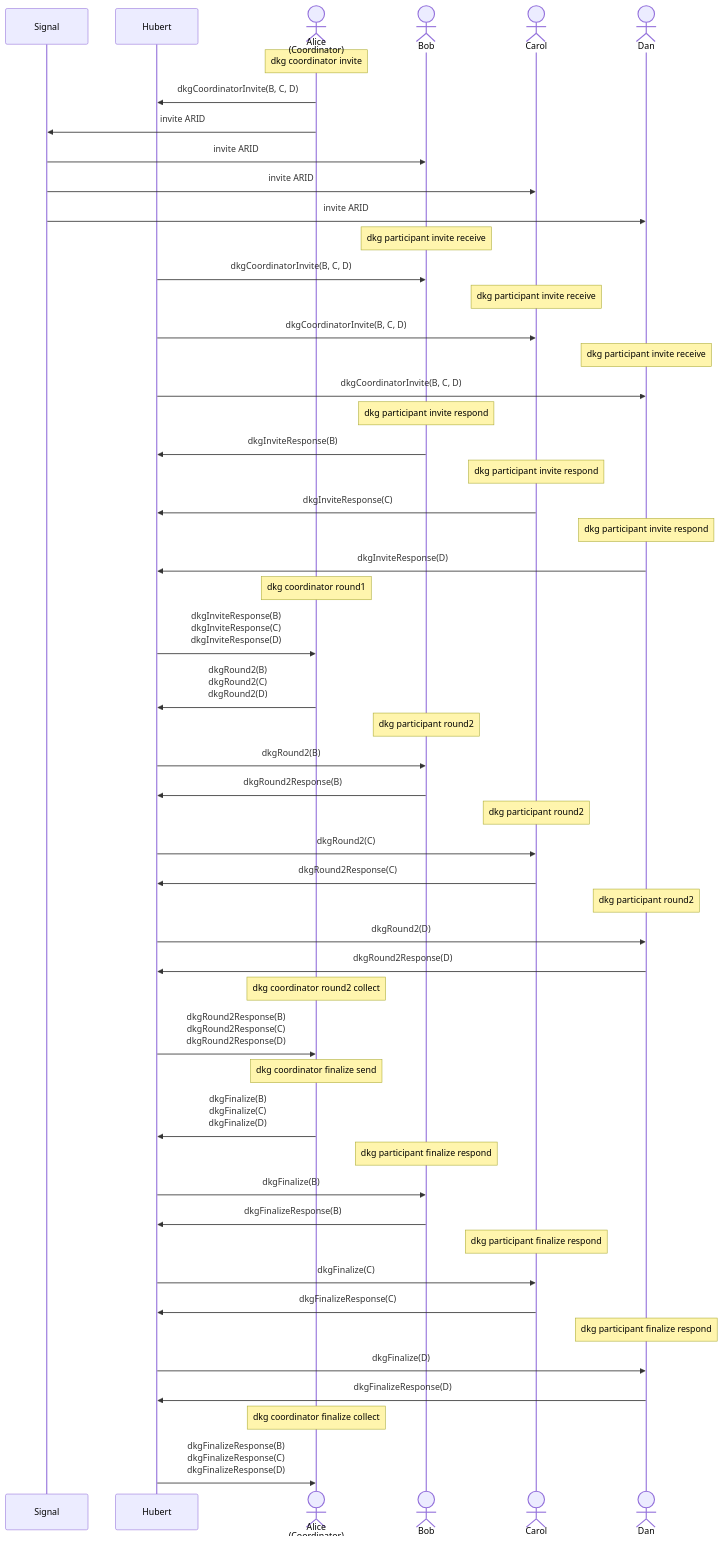
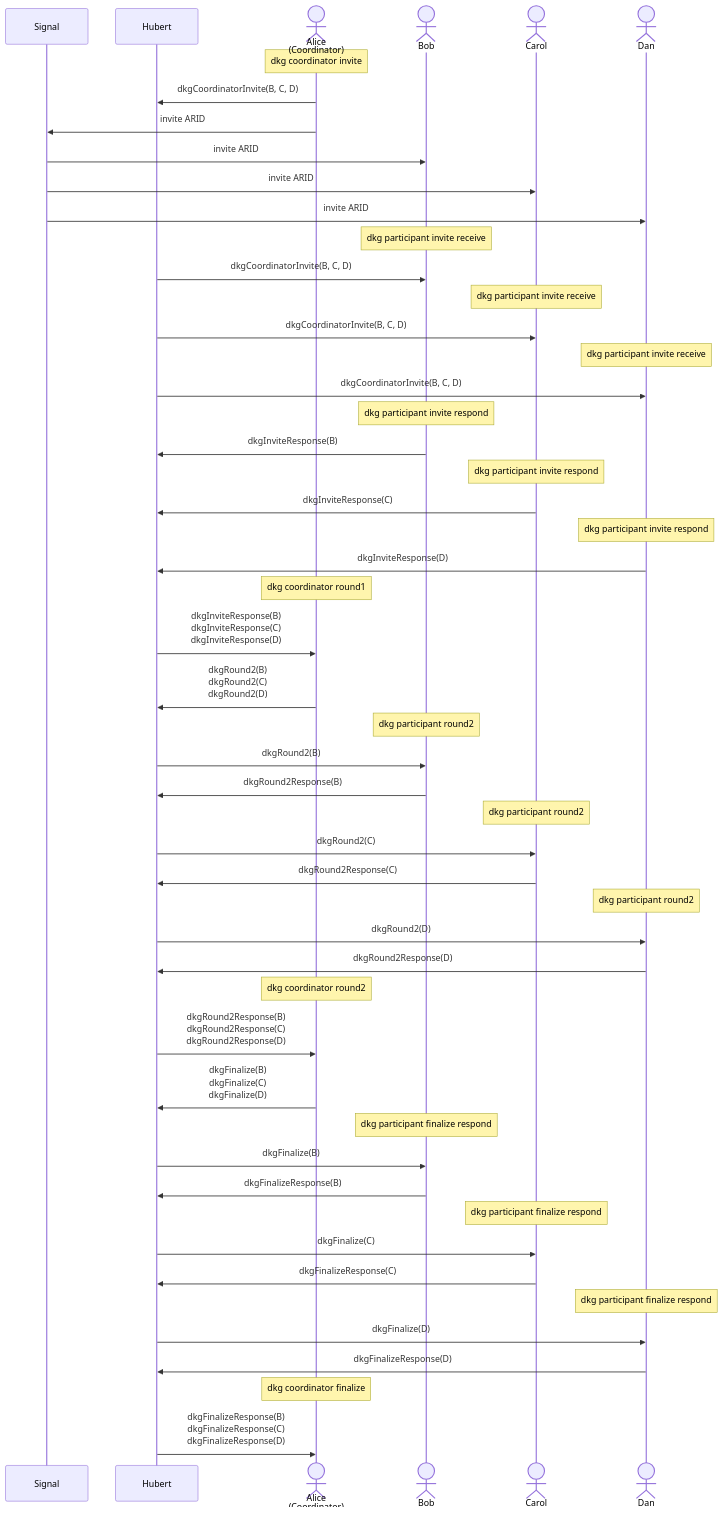
The second of 3 diagrams in sequence-diagram.md (BlockchainCommons/frost-hubert-rust), drawn with Mermaid before and after one commit. The commit also changed 8 other files, not shown here.

````diff
--- a/sequence-diagram.md
+++ b/sequence-diagram.md
@@ -26,71 +26,69 @@
 ```mermaid
 sequenceDiagram
     participant S as Signal
     participant H as Hubert
     actor A as Alice<br/>(Coordinator)
     actor B as Bob
     actor C as Carol
     actor D as Dan
 
     note over A: dkg coordinator invite
     A->>H: dkgCoordinatorInvite(B, C, D)
     A->>S: invite ARID
     S->>B: invite ARID
     S->>C: invite ARID
     S->>D: invite ARID
 
     note over B: dkg participant invite receive
     H->>B: dkgCoordinatorInvite(B, C, D)
 
     note over C: dkg participant invite receive
     H->>C: dkgCoordinatorInvite(B, C, D)
 
     note over D: dkg participant invite receive
     H->>D: dkgCoordinatorInvite(B, C, D)
 
     note over B: dkg participant invite respond
     B->>H: dkgInviteResponse(B)
 
     note over C: dkg participant invite respond
     C->>H: dkgInviteResponse(C)
 
     note over D: dkg participant invite respond
     D->>H: dkgInviteResponse(D)
 
     note over A: dkg coordinator round1
     H->>A: dkgInviteResponse(B)<br/>dkgInviteResponse(C)<br/>dkgInviteResponse(D)
     A->>H: dkgRound2(B)<br/>dkgRound2(C)<br/>dkgRound2(D)
 
     note over B: dkg participant round2
     H->>B: dkgRound2(B)
     B->>H: dkgRound2Response(B)
 
     note over C: dkg participant round2
     H->>C: dkgRound2(C)
     C->>H: dkgRound2Response(C)
 
     note over D: dkg participant round2
     H->>D: dkgRound2(D)
     D->>H: dkgRound2Response(D)
 
-    note over A: dkg coordinator round2 collect
+    note over A: dkg coordinator round2
     H->>A: dkgRound2Response(B)<br/>dkgRound2Response(C)<br/>dkgRound2Response(D)
-
-    note over A: dkg coordinator finalize send
     A->>H: dkgFinalize(B)<br/>dkgFinalize(C)<br/>dkgFinalize(D)
 
     note over B: dkg participant finalize respond
     H->>B: dkgFinalize(B)
     B->>H: dkgFinalizeResponse(B)
 
     note over C: dkg participant finalize respond
     H->>C: dkgFinalize(C)
     C->>H: dkgFinalizeResponse(C)
 
     note over D: dkg participant finalize respond
     H->>D: dkgFinalize(D)
     D->>H: dkgFinalizeResponse(D)
 
-    note over A: dkg coordinator finalize collect
+    note over A: dkg coordinator finalize
     H->>A: dkgFinalizeResponse(B)<br/>dkgFinalizeResponse(C)<br/>dkgFinalizeResponse(D)
 ```
````
